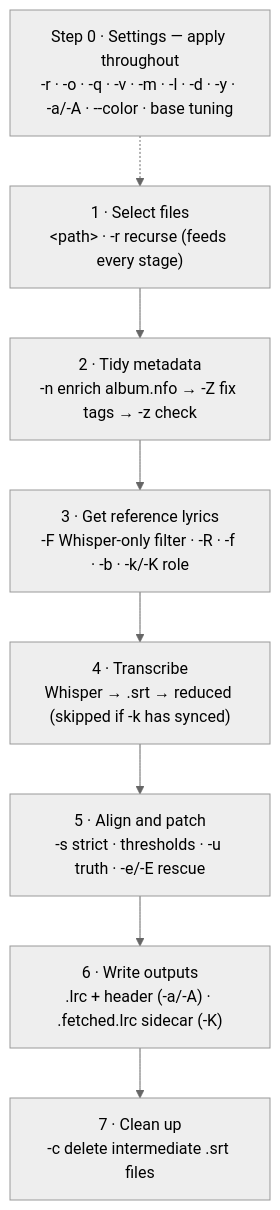
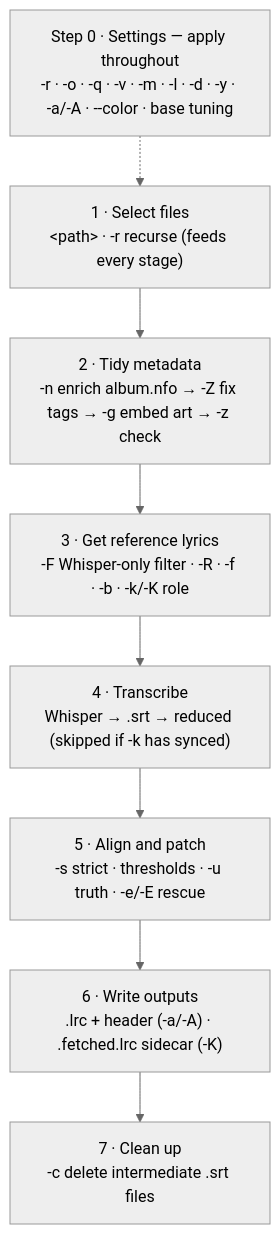
The diagram in README.md (Ephellon/PyLy), drawn with Mermaid (neutral theme) before and after one commit. The commit also changed other lines of this file and 3 other files, not shown here.

````diff
--- a/README.md
+++ b/README.md
@@ -519,11 +599,11 @@
 ```mermaid
 flowchart TD
     S["Step 0 · Settings — apply throughout<br/>-r · -o · -q · -v · -m · -l · -d · -y · -a/-A · --color · base tuning"] -.-> A
     A["1 · Select files<br/>&lt;path&gt; · -r recurse (feeds every stage)"] --> B
-    B["2 · Tidy metadata<br/>-n enrich album.nfo → -Z fix tags → -z check"] --> C
+    B["2 · Tidy metadata<br/>-n enrich album.nfo → -Z fix tags → -g embed art → -z check"] --> C
     C["3 · Get reference lyrics<br/>-F Whisper-only filter · -R · -f · -b · -k/-K role"] --> D
     D["4 · Transcribe<br/>Whisper → .srt → reduced (skipped if -k has synced)"] --> E
     E["5 · Align and patch<br/>-s strict · thresholds · -u truth · -e/-E rescue"] --> F
     F["6 · Write outputs<br/>.lrc + header (-a/-A) · .fetched.lrc sidecar (-K)"] --> G
     G["7 · Clean up<br/>-c delete intermediate .srt files"]
 ```
````
